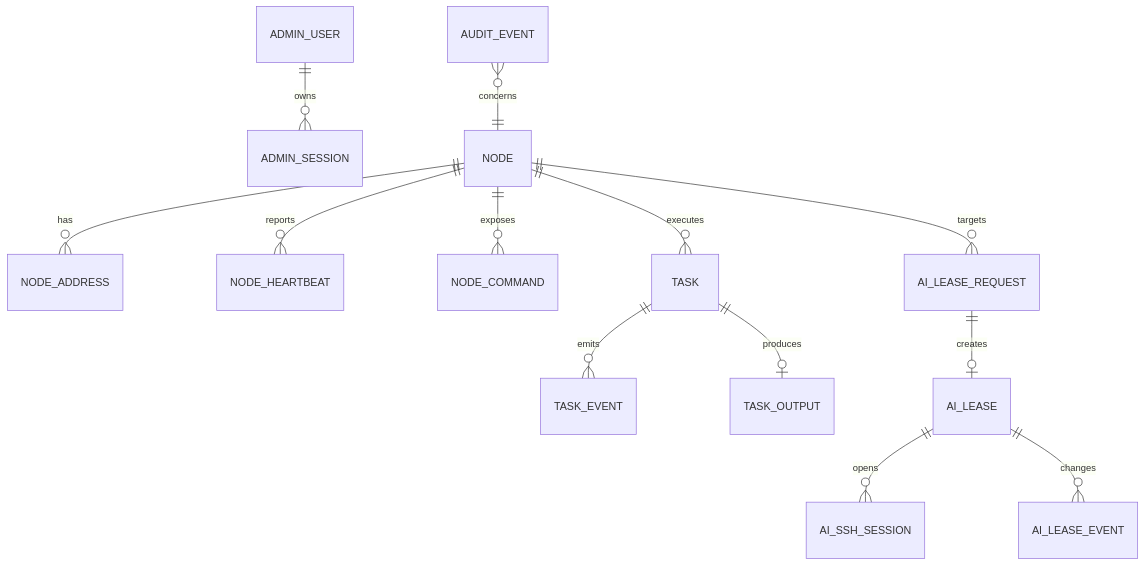
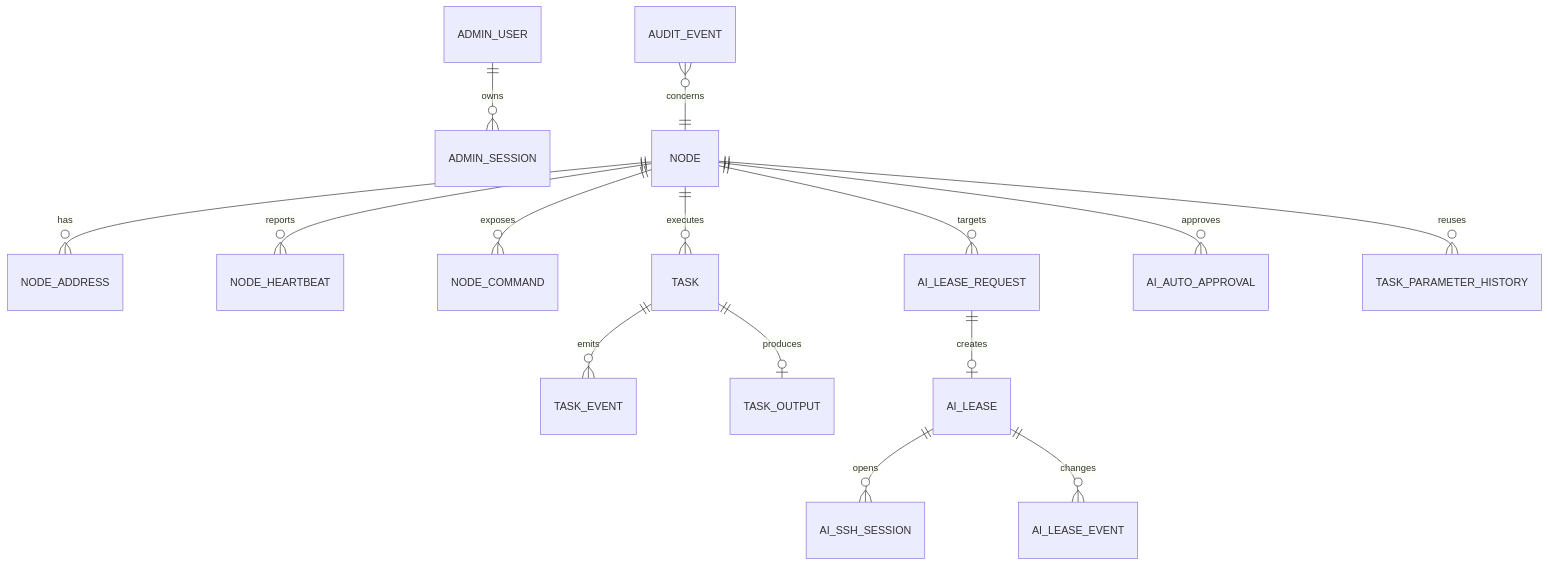
One commit to inoriyuuuki/serverCli changed the diagram in doc/04_DATA_MODEL.md. Above: the diagram before and after it, drawn with Mermaid. The commit also changed other lines of this file and 28 other files, not shown here.

````diff
--- a/doc/04_DATA_MODEL.md
+++ b/doc/04_DATA_MODEL.md
@@ -18,15 +18,17 @@
 ```mermaid
 erDiagram
     ADMIN_USER ||--o{ ADMIN_SESSION : owns
     NODE ||--o{ NODE_ADDRESS : has
     NODE ||--o{ NODE_HEARTBEAT : reports
     NODE ||--o{ NODE_COMMAND : exposes
     NODE ||--o{ TASK : executes
     TASK ||--o{ TASK_EVENT : emits
     TASK ||--o| TASK_OUTPUT : produces
     NODE ||--o{ AI_LEASE_REQUEST : targets
     AI_LEASE_REQUEST ||--o| AI_LEASE : creates
     AI_LEASE ||--o{ AI_SSH_SESSION : opens
     AI_LEASE ||--o{ AI_LEASE_EVENT : changes
     AUDIT_EVENT }o--|| NODE : concerns
+    NODE ||--o{ AI_AUTO_APPROVAL : approves
+    NODE ||--o{ TASK_PARAMETER_HISTORY : reuses
 ```
````
